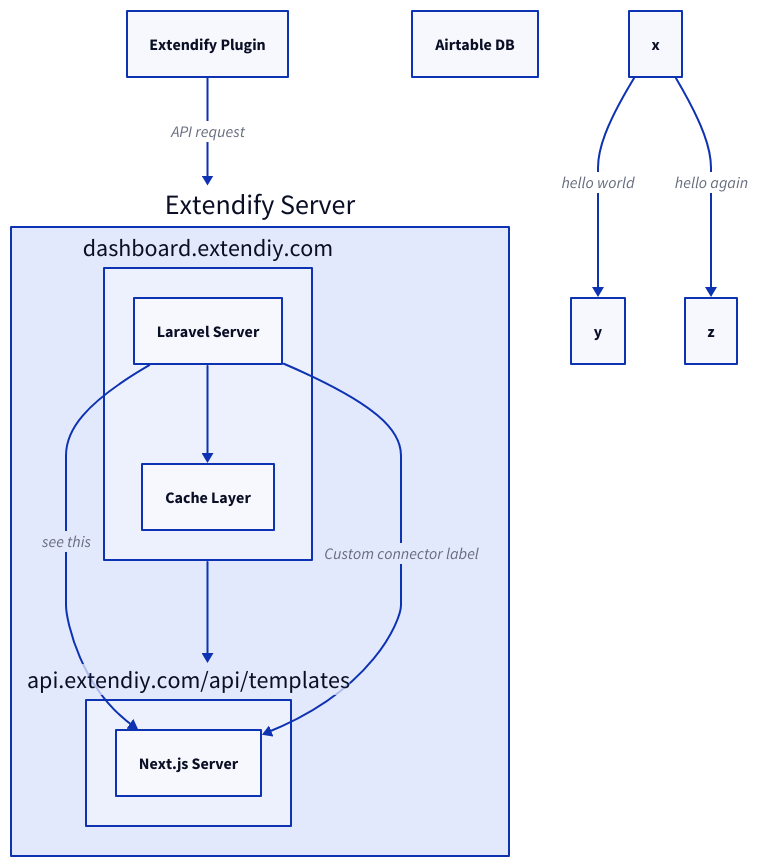
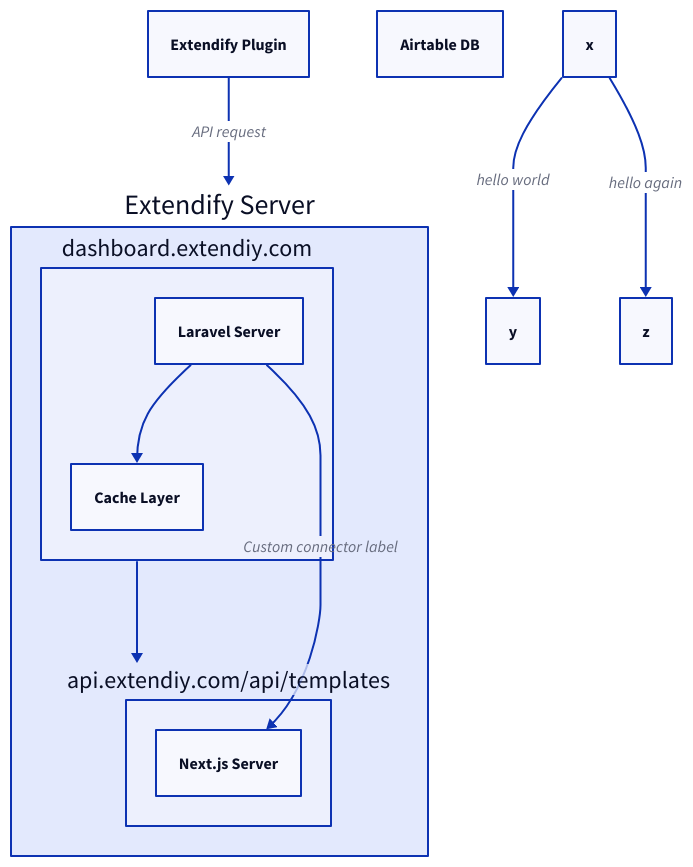
One commit to dgwyer/myapp changed the diagram in d2/file.d2. Above: the diagram before and after it, drawn with D2.

Commit message:
try to render

```diff
--- a/d2/file.d2
+++ b/d2/file.d2
@@ -1,28 +1,28 @@
 a: Extendify Plugin
 e: Airtable DB
 
 extendifyServer: {
   label: Extendify Server
 
   dashboardServer: {
     label: dashboard.extendiy.com
     ls: Laravel Server
     cl: Cache Layer
 
     ls -> cl
   }
 
   apiServer:  {
     label: api.extendiy.com/api/templates
     nj: Next.js Server
 
-    _.dashboardServer.ls -> nj: see this
+    #_.dashboardServer.ls -> nj: see this
   }
 
   dashboardServer -> apiServer
   dashboardServer.ls -> apiServer.nj: Custom connector label
 }
 
 a -> extendifyServer: API request
 x -> y: hello world
 x -> z: hello again
```
